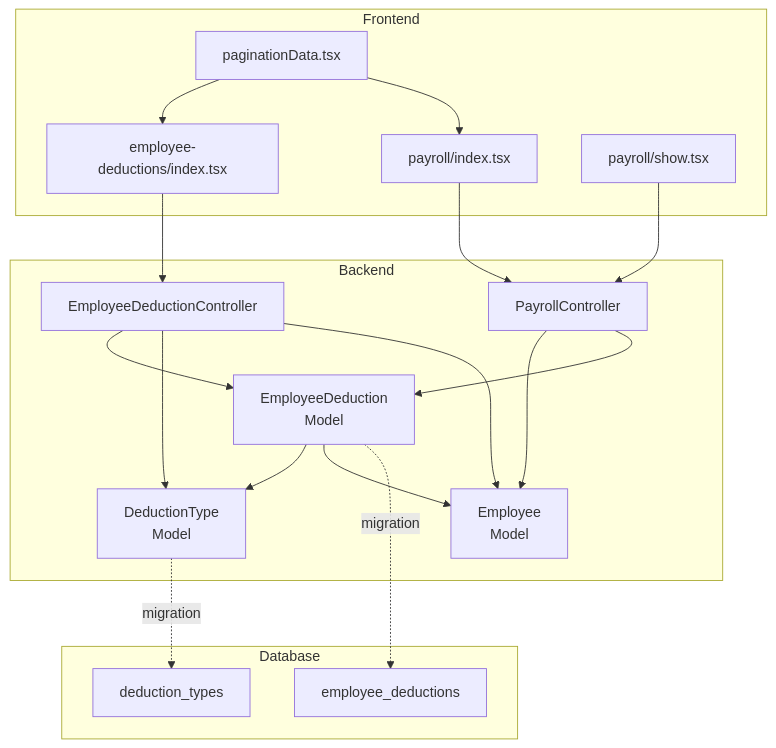
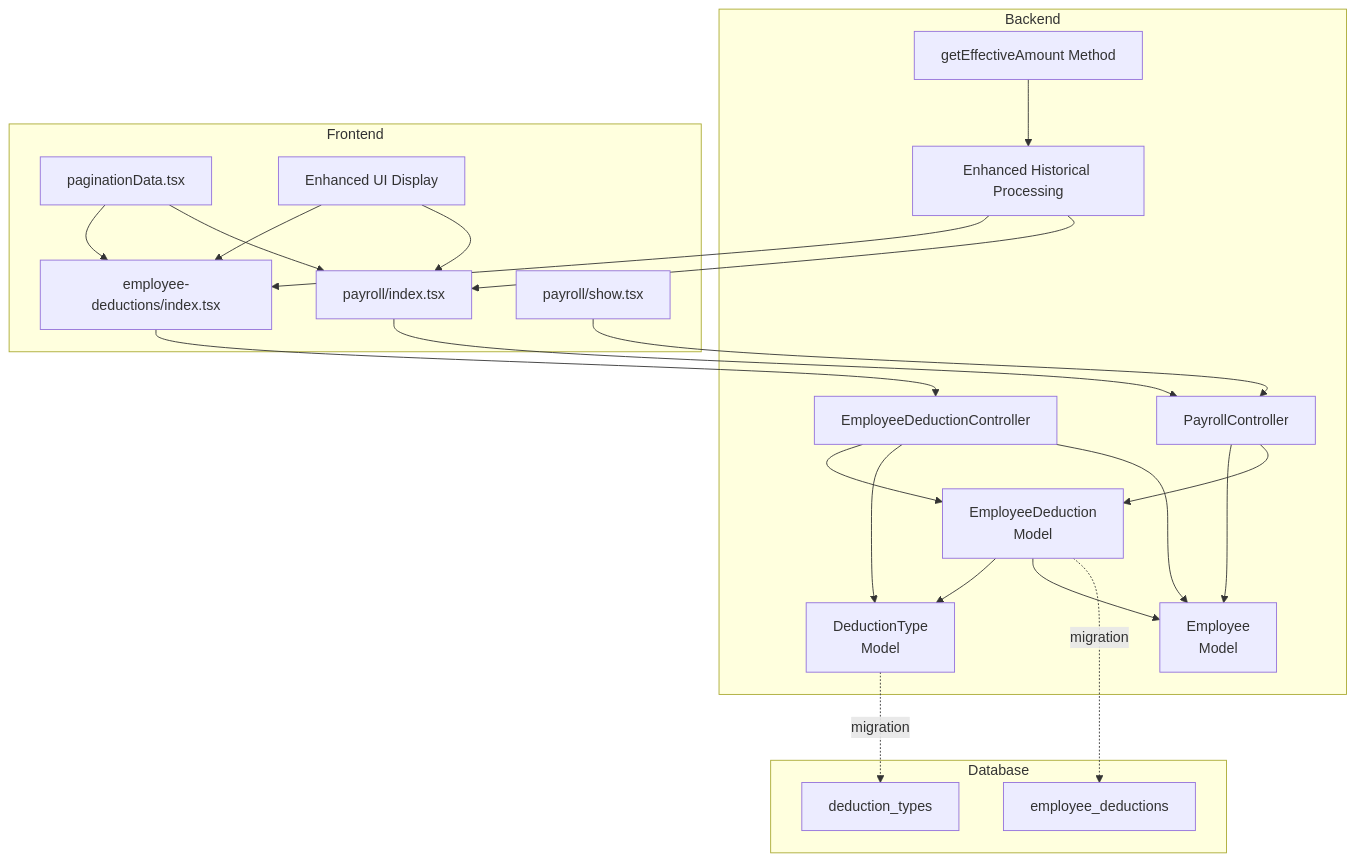
One commit to vincet0t15/template changed the first of 8 diagrams in .qoder/repowiki/en/content/Deduction Management/Employee Deduction Tracking.md. Above: the diagram before and after it, drawn with Mermaid. The commit also changed other lines of this file and 11 other files, not shown here.

````diff
--- a/.qoder/repowiki/en/content/Deduction Management/Employee Deduction Tracking.md
+++ b/.qoder/repowiki/en/content/Deduction Management/Employee Deduction Tracking.md
@@ -58,34 +58,42 @@
 ```mermaid
 graph TB
 subgraph "Backend"
 ED["EmployeeDeduction<br/>Model"]
 DT["DeductionType<br/>Model"]
 EM["Employee<br/>Model"]
 EDC["EmployeeDeductionController"]
 PC["PayrollController"]
+GETE["getEffectiveAmount Method"]
+ENDC["Enhanced Historical Processing"]
 end
 subgraph "Database"
 TBL_ED["employee_deductions"]
 TBL_DT["deduction_types"]
 end
 subgraph "Frontend"
 IDX["employee-deductions/index.tsx"]
 PIDX["payroll/index.tsx"]
 PS["payroll/show.tsx"]
 PAG["paginationData.tsx"]
+ENDX["Enhanced UI Display"]
 end
 ED --> DT
 ED --> EM
 EDC --> ED
 EDC --> DT
 EDC --> EM
 PC --> EM
 PC --> ED
+GETE --> ENDC
+ENDC --> IDX
+ENDC --> PIDX
+ENDX --> IDX
+ENDX --> PIDX
 ED -.migration.-> TBL_ED
 DT -.migration.-> TBL_DT
 IDX --> EDC
 PIDX --> PC
 PS --> PC
 PAG --> IDX
 PAG --> PIDX
 ```
````
